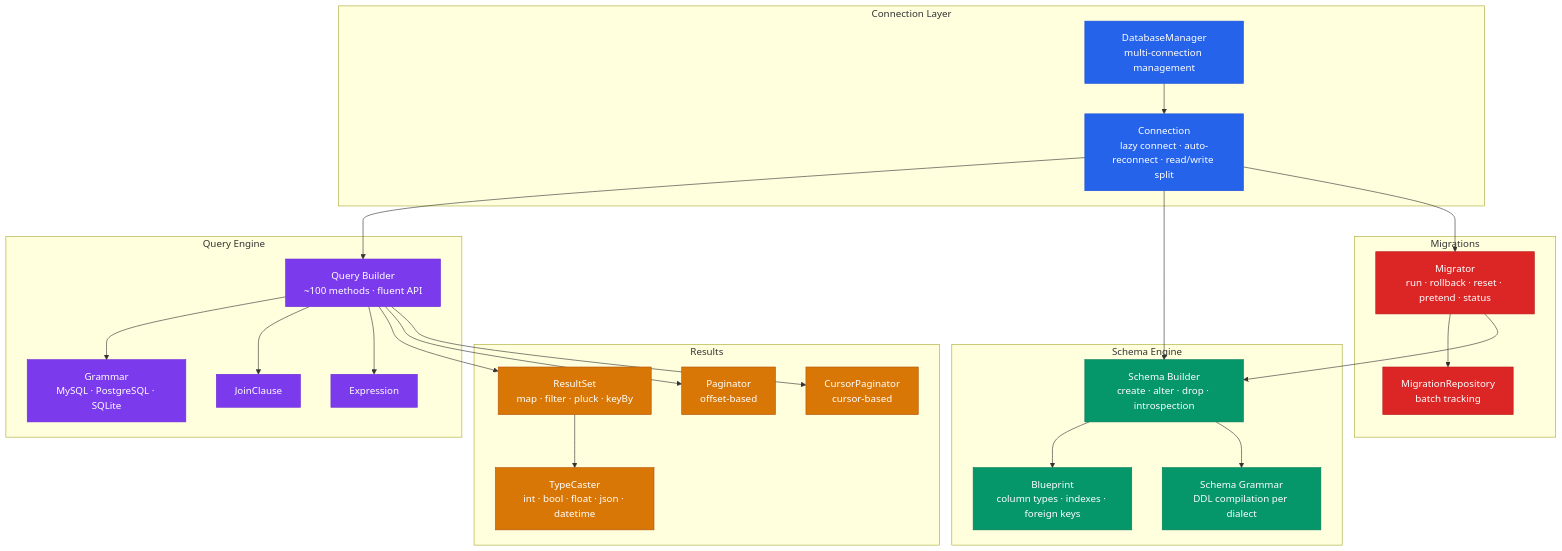
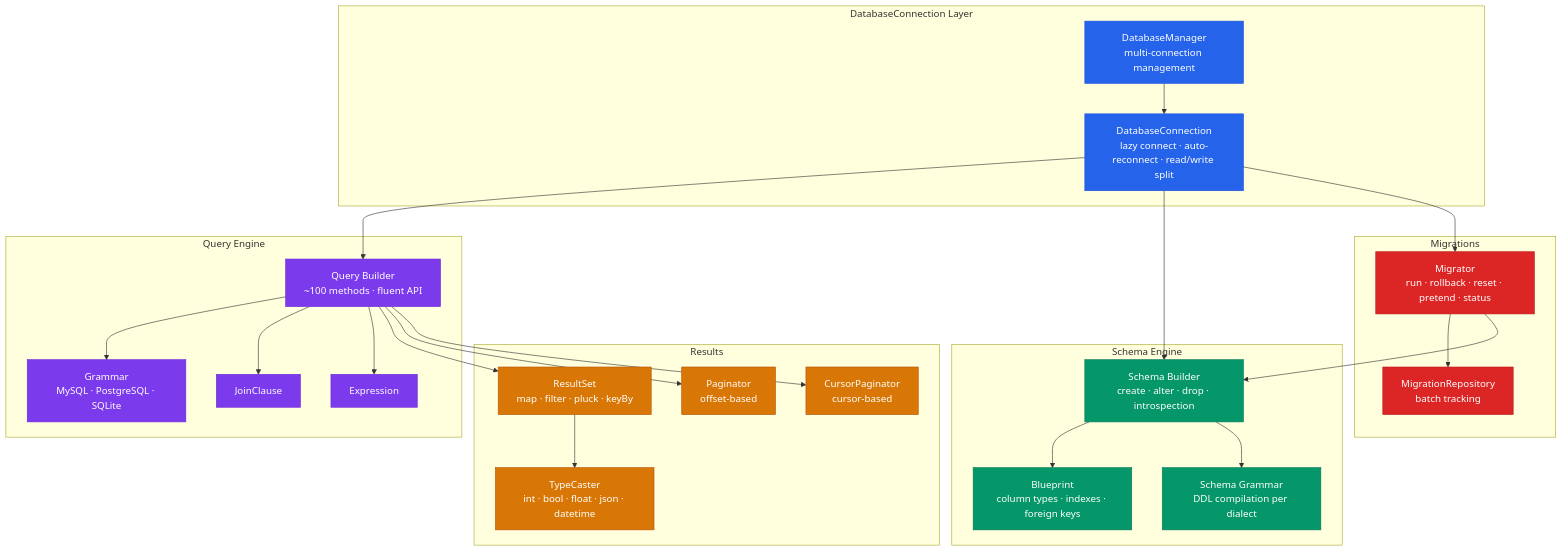
The first of 4 diagrams in README.md (phpdot/database), drawn with Mermaid before and after one commit. The commit also changed other lines of this file and 21 other files, not shown here.

First line of the commit message:
Rename Connection to DatabaseConnection, ConnectionConnector to DatabaseConnector

````diff
--- a/README.md
+++ b/README.md
@@ -33,64 +33,64 @@
 ```mermaid
 graph TD
-    subgraph Connection Layer
+    subgraph DatabaseConnection Layer
         DM[DatabaseManager<br/>multi-connection management]
-        CONN[Connection<br/>lazy connect · auto-reconnect · read/write split]
+        CONN[DatabaseConnection<br/>lazy connect · auto-reconnect · read/write split]
     end
 
     subgraph Query Engine
         QB[Query Builder<br/>~100 methods · fluent API]
         GR[Grammar<br/>MySQL · PostgreSQL · SQLite]
         JC[JoinClause]
         EX[Expression]
     end
 
     subgraph Schema Engine
         SB[Schema Builder<br/>create · alter · drop · introspection]
         BP[Blueprint<br/>column types · indexes · foreign keys]
         SG[Schema Grammar<br/>DDL compilation per dialect]
     end
 
     subgraph Results
         RS[ResultSet<br/>map · filter · pluck · keyBy]
         PG[Paginator<br/>offset-based]
         CP[CursorPaginator<br/>cursor-based]
         TC[TypeCaster<br/>int · bool · float · json · datetime]
     end
 
     subgraph Migrations
         MG[Migrator<br/>run · rollback · reset · pretend · status]
         MR[MigrationRepository<br/>batch tracking]
     end
 
     DM --> CONN
     CONN --> QB
     CONN --> SB
     CONN --> MG
     QB --> GR
     QB --> JC
     QB --> EX
     SB --> BP
     SB --> SG
     QB --> RS
     QB --> PG
     QB --> CP
     RS --> TC
     MG --> MR
     MG --> SB
 
     style CONN fill:#2563eb,stroke:#1d4ed8,color:#fff
     style DM fill:#2563eb,stroke:#1d4ed8,color:#fff
     style QB fill:#7c3aed,stroke:#6d28d9,color:#fff
     style GR fill:#7c3aed,stroke:#6d28d9,color:#fff
     style JC fill:#7c3aed,stroke:#6d28d9,color:#fff
     style EX fill:#7c3aed,stroke:#6d28d9,color:#fff
     style SB fill:#059669,stroke:#047857,color:#fff
     style BP fill:#059669,stroke:#047857,color:#fff
     style SG fill:#059669,stroke:#047857,color:#fff
     style RS fill:#d97706,stroke:#b45309,color:#fff
     style PG fill:#d97706,stroke:#b45309,color:#fff
     style CP fill:#d97706,stroke:#b45309,color:#fff
     style TC fill:#d97706,stroke:#b45309,color:#fff
     style MG fill:#dc2626,stroke:#b91c1c,color:#fff
     style MR fill:#dc2626,stroke:#b91c1c,color:#fff
 ```
````
